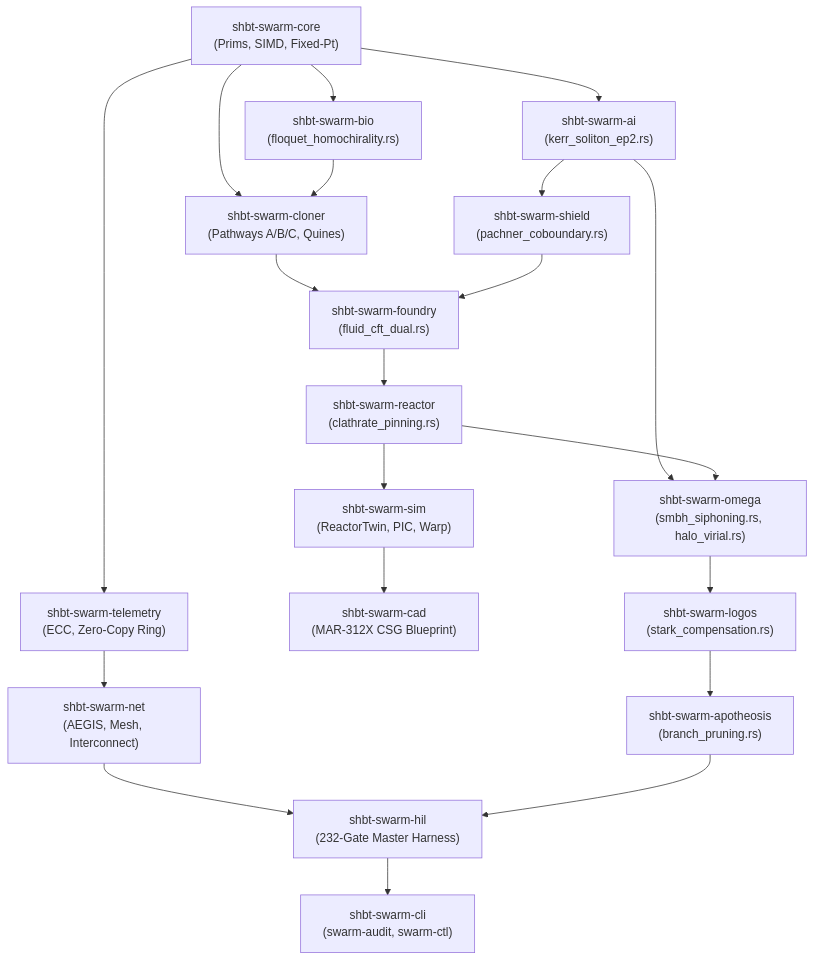
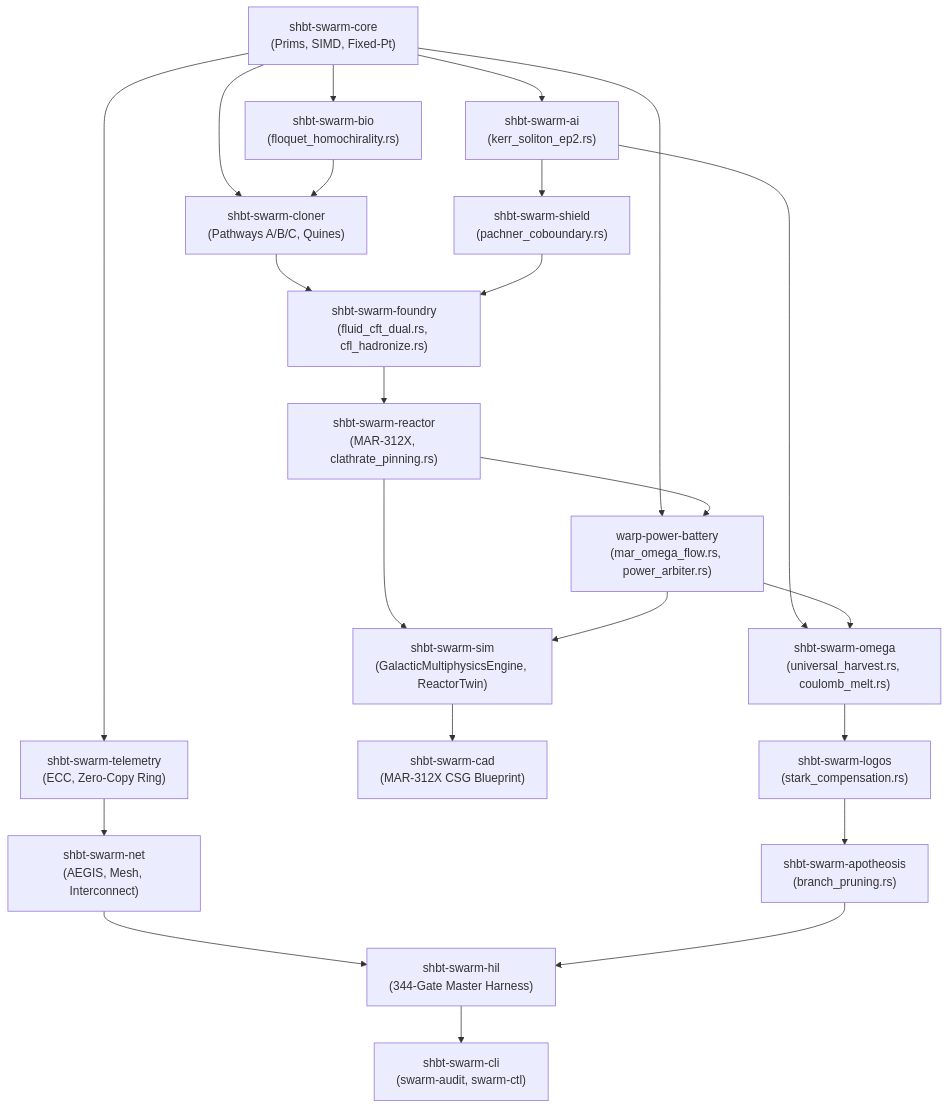
Before and after one commit to sys1own/shbt-swarm: the diagram in ARCHITECTURE.md, drawn with Mermaid. The commit also changed other lines of this file and 33 other files, not shown here.

Commit message:
feat(omega): integrate SHBT-MAR-OMEGA continuous reactor & harvesting pipeline (ABI v12.0, 344/344 HIL PASS, 100 SMT UNSAT)

````diff
--- a/ARCHITECTURE.md
+++ b/ARCHITECTURE.md
@@ -112,39 +109,43 @@
 ```mermaid
 graph TD
     CORE["shbt-swarm-core<br/>(Prims, SIMD, Fixed-Pt)"]
     BIO["shbt-swarm-bio<br/>(floquet_homochirality.rs)"]
     CLONER["shbt-swarm-cloner<br/>(Pathways A/B/C, Quines)"]
     AI["shbt-swarm-ai<br/>(kerr_soliton_ep2.rs)"]
     SHIELD["shbt-swarm-shield<br/>(pachner_coboundary.rs)"]
-    FOUNDRY["shbt-swarm-foundry<br/>(fluid_cft_dual.rs)"]
-    REACTOR["shbt-swarm-reactor<br/>(clathrate_pinning.rs)"]
-    OMEGA["shbt-swarm-omega<br/>(smbh_siphoning.rs, halo_virial.rs)"]
+    FOUNDRY["shbt-swarm-foundry<br/>(fluid_cft_dual.rs, cfl_hadronize.rs)"]
+    REACTOR["shbt-swarm-reactor<br/>(MAR-312X, clathrate_pinning.rs)"]
+    WPB["warp-power-battery<br/>(mar_omega_flow.rs, power_arbiter.rs)"]
+    OMEGA["shbt-swarm-omega<br/>(universal_harvest.rs, coulomb_melt.rs)"]
     LOGOS["shbt-swarm-logos<br/>(stark_compensation.rs)"]
     APOTH["shbt-swarm-apotheosis<br/>(branch_pruning.rs)"]
-    SIM["shbt-swarm-sim<br/>(ReactorTwin, PIC, Warp)"]
+    SIM["shbt-swarm-sim<br/>(GalacticMultiphysicsEngine, ReactorTwin)"]
     CAD["shbt-swarm-cad<br/>(MAR-312X CSG Blueprint)"]
     TELEMETRY["shbt-swarm-telemetry<br/>(ECC, Zero-Copy Ring)"]
     NET["shbt-swarm-net<br/>(AEGIS, Mesh, Interconnect)"]
-    HIL["shbt-swarm-hil<br/>(232-Gate Master Harness)"]
+    HIL["shbt-swarm-hil<br/>(344-Gate Master Harness)"]
     CLI["shbt-swarm-cli<br/>(swarm-audit, swarm-ctl)"]
 
     CORE --> BIO
     CORE --> CLONER
     CORE --> AI
     CORE --> TELEMETRY
+    CORE --> WPB
     BIO --> CLONER
     CLONER --> FOUNDRY
     AI --> SHIELD
     AI --> OMEGA
     SHIELD --> FOUNDRY
     FOUNDRY --> REACTOR
-    REACTOR --> OMEGA
+    REACTOR --> WPB
+    WPB --> OMEGA
     OMEGA --> LOGOS
     LOGOS --> APOTH
     REACTOR --> SIM
+    WPB --> SIM
     SIM --> CAD
     TELEMETRY --> NET
     NET --> HIL
     APOTH --> HIL
     HIL --> CLI
 ```
````
